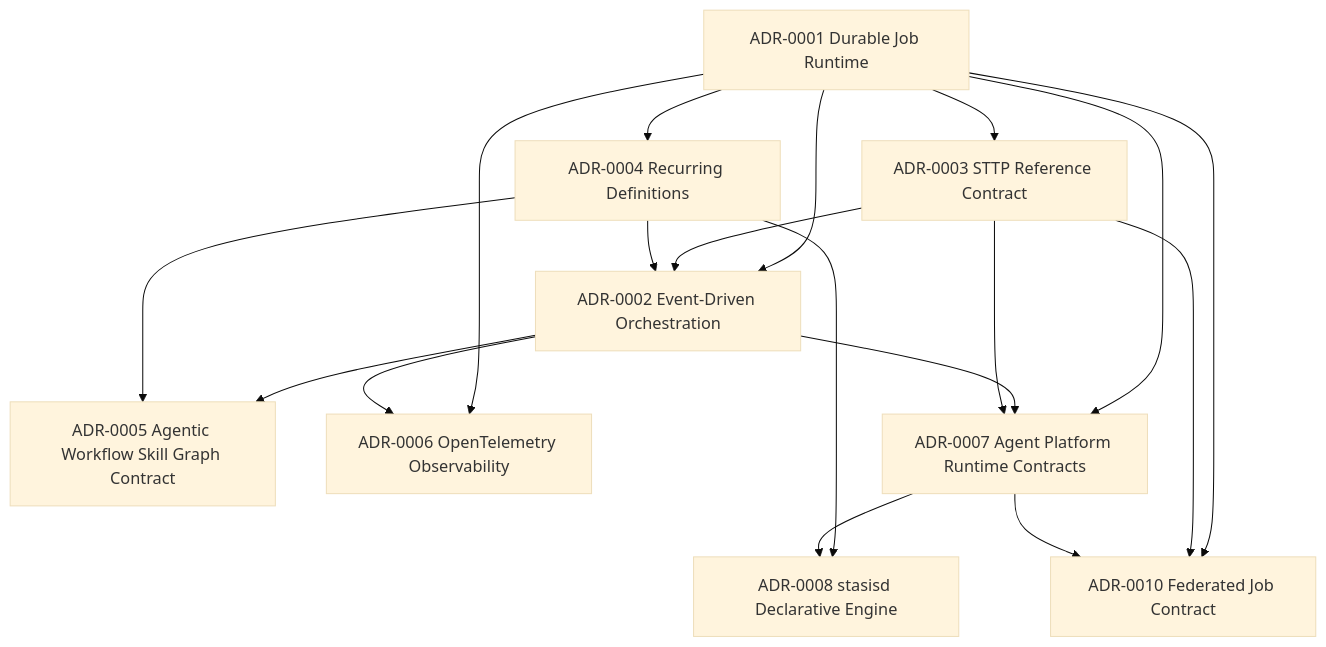
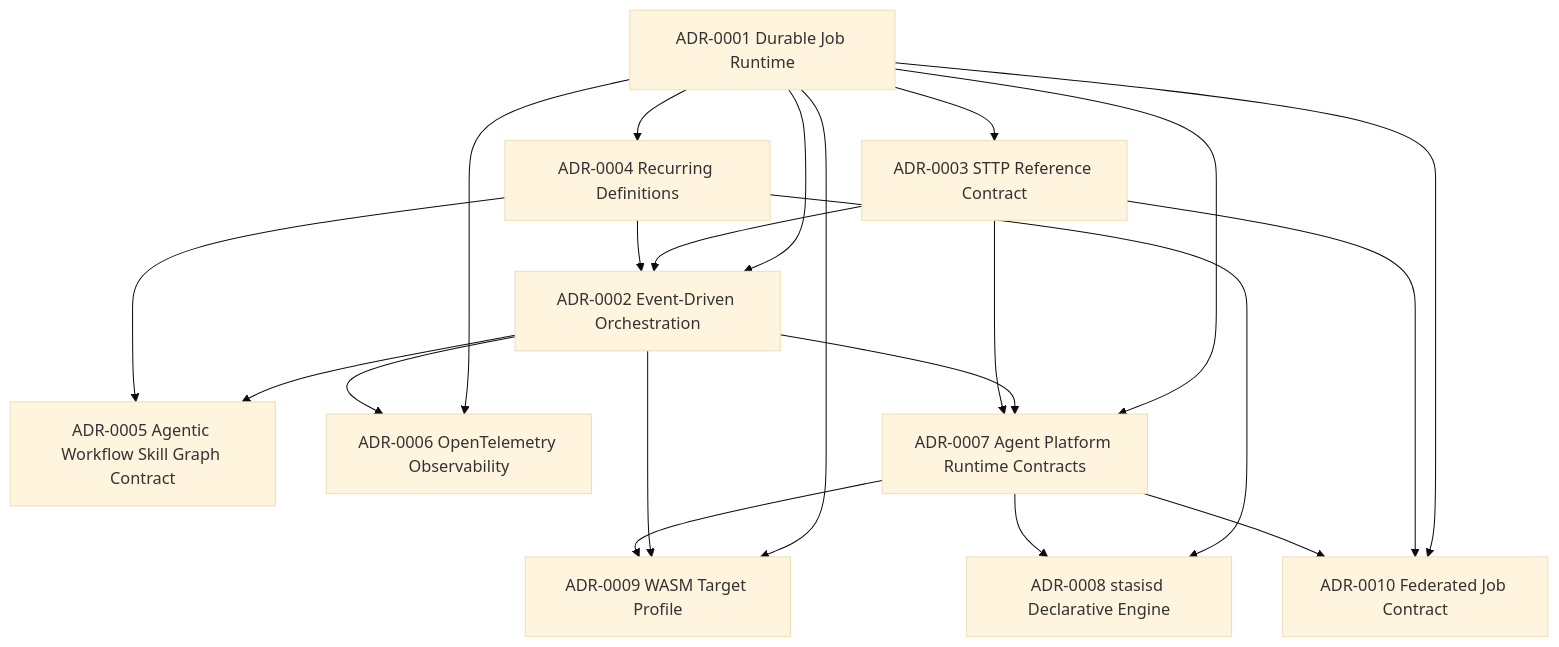
One commit to EntasisLabs/stasis changed the diagram in docs-book/src/adr.md. Above: the diagram before and after it, drawn with Mermaid (base theme). The commit also changed other lines of this file and 31 other files, not shown here.

First line of the commit message:
feat: WASM kernel compile profile (ADR-0009 W1)

````diff
--- a/docs-book/src/adr.md
+++ b/docs-book/src/adr.md
@@ -39,20 +42,23 @@
 ```mermaid
 flowchart TD
   A1[ADR-0001 Durable Job Runtime] --> A2[ADR-0002 Event-Driven Orchestration]
   A1 --> A3[ADR-0003 STTP Reference Contract]
   A1 --> A4[ADR-0004 Recurring Definitions]
   A2 --> A5[ADR-0005 Agentic Workflow Skill Graph Contract]
   A4 --> A5
   A3 --> A2
   A4 --> A2
   A1 --> A6[ADR-0006 OpenTelemetry Observability]
   A2 --> A6
   A1 --> A7[ADR-0007 Agent Platform Runtime Contracts]
   A2 --> A7
   A3 --> A7
   A4 --> A8[ADR-0008 stasisd Declarative Engine]
   A7 --> A8
+  A1 --> A9[ADR-0009 WASM Target Profile]
+  A2 --> A9
+  A7 --> A9
   A1 --> A10[ADR-0010 Federated Job Contract]
   A3 --> A10
   A7 --> A10
 ```
````
